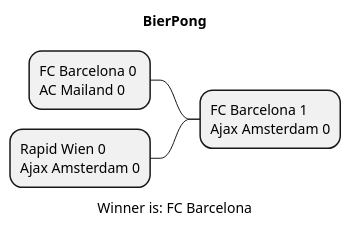
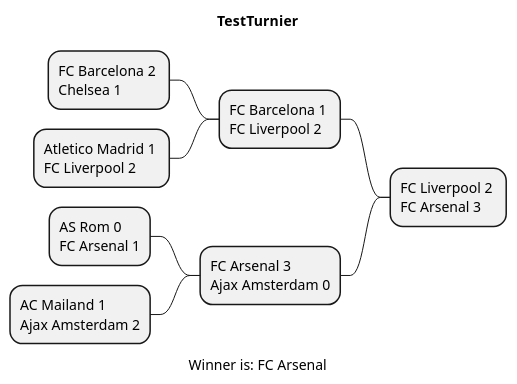
Before and after one commit to htl-leonding-project/2022-4ahif-autohaus: the diagram in asciidocs/plantuml/Result.puml, drawn with PlantUML. The commit also changed 21 other files, not shown here.

```diff
--- a/asciidocs/plantuml/Result.puml
+++ b/asciidocs/plantuml/Result.puml
@@ -1,10 +1,18 @@
-@startmindmap BierPong.png
-title BierPong
+@startmindmap TestTurnier.png
+title TestTurnier
 
-- FC Barcelona 1 \nAjax Amsterdam 0
+- FC Liverpool 2 \nFC Arsenal 3
 
--- FC Barcelona 0 \nAC Mailand 0
+-- FC Barcelona 1 \nFC Liverpool 2
 
--- Rapid Wien 0 \nAjax Amsterdam 0
-caption Winner is: FC Barcelona
+--- FC Barcelona 2 \nChelsea 1
+
+--- Atletico Madrid 1 \nFC Liverpool 2
+
+-- FC Arsenal 3 \nAjax Amsterdam 0
+
+--- AS Rom 0 \nFC Arsenal 1
+
+--- AC Mailand 1 \nAjax Amsterdam 2
+caption Winner is: FC Arsenal
 @endmindmap
```
